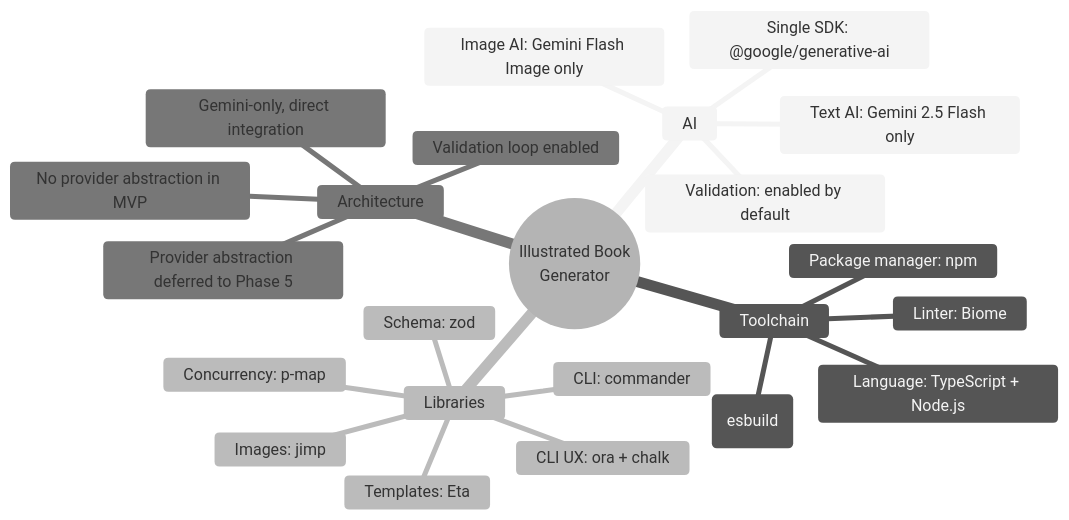
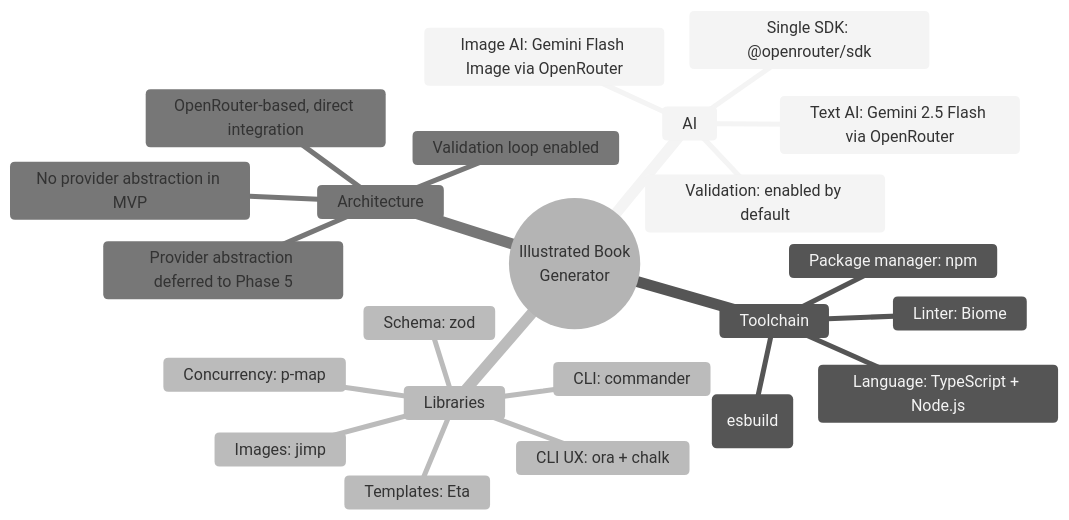
Before and after one commit to tormozz48/Illustrator: the diagram in docs/decisions.md, drawn with Mermaid (neutral theme). The commit also changed other lines of this file and 13 other files, not shown here.

First line of the commit message:
Replace Gemini SDK with OpenRouter adapter

````diff
--- a/docs/decisions.md
+++ b/docs/decisions.md
@@ -9,26 +9,26 @@
 ```mermaid
 mindmap
   root((Illustrated Book<br/>Generator))
     AI
-      Text AI: Gemini 2.5 Flash only
-      Image AI: Gemini Flash Image only
+      Text AI: Gemini 2.5 Flash via OpenRouter
+      Image AI: Gemini Flash Image via OpenRouter
       Validation: enabled by default
-      Single SDK: @google/generative-ai
+      Single SDK: @openrouter/sdk
     Toolchain
       Language: TypeScript + Node.js
       Build: tsup (esbuild)
       Linter: Biome
       Package manager: npm
     Libraries
       CLI: commander
       Schema: zod
       Templates: Eta
       Images: jimp
       Concurrency: p-map
       CLI UX: ora + chalk
     Architecture
       No provider abstraction in MVP
-      Gemini-only, direct integration
+      OpenRouter-based, direct integration
       Validation loop enabled
       Provider abstraction deferred to Phase 5
 ```
````
